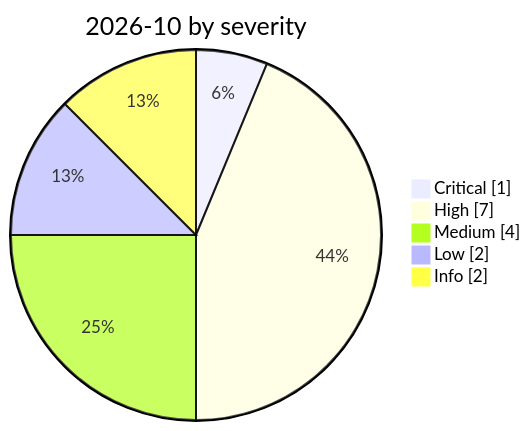
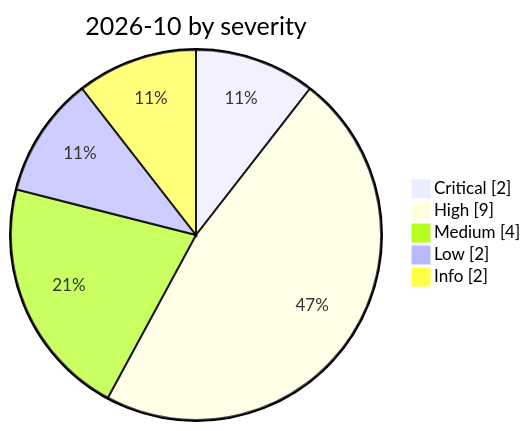
One commit to Continuum-AI-Corp/Orca-AI-Incident-Archive changed the diagram in incidents/2026-10/README.md. Above: the diagram before and after it, drawn with Mermaid. The commit also changed other lines of this file and 33 other files, not shown here.

````diff
--- a/incidents/2026-10/README.md
+++ b/incidents/2026-10/README.md
@@ -8,9 +8,9 @@
 ```mermaid
 pie showData
     title 2026-10 by severity
-    "Critical" : 1
-    "High" : 7
+    "Critical" : 2
+    "High" : 9
     "Medium" : 4
     "Low" : 2
     "Info" : 2
 ```
````
